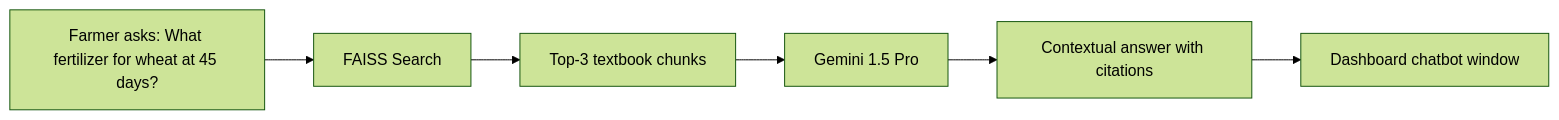
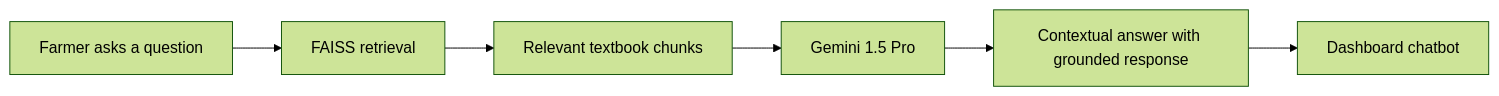
The fourth of 5 diagrams in README.md (ayushjhaa1187-spec/agri_reform_vision), drawn with Mermaid (forest theme) before and after one commit. The commit also changed other lines of this file, not shown here.

````diff
--- a/README.md
+++ b/README.md
@@ -222,8 +256,8 @@
 ```mermaid
 flowchart LR
-    Q[Farmer asks: What fertilizer for wheat at 45 days?] --> V[FAISS Search]
-    V --> Chunks[Top-3 textbook chunks]
+    Q[Farmer asks a question] --> V[FAISS retrieval]
+    V --> Chunks[Relevant textbook chunks]
     Chunks --> LLM[Gemini 1.5 Pro]
-    LLM --> A[Contextual answer with citations]
-    A --> UI[Dashboard chatbot window]
+    LLM --> A[Contextual answer with grounded response]
+    A --> UI[Dashboard chatbot]
 ```
````
